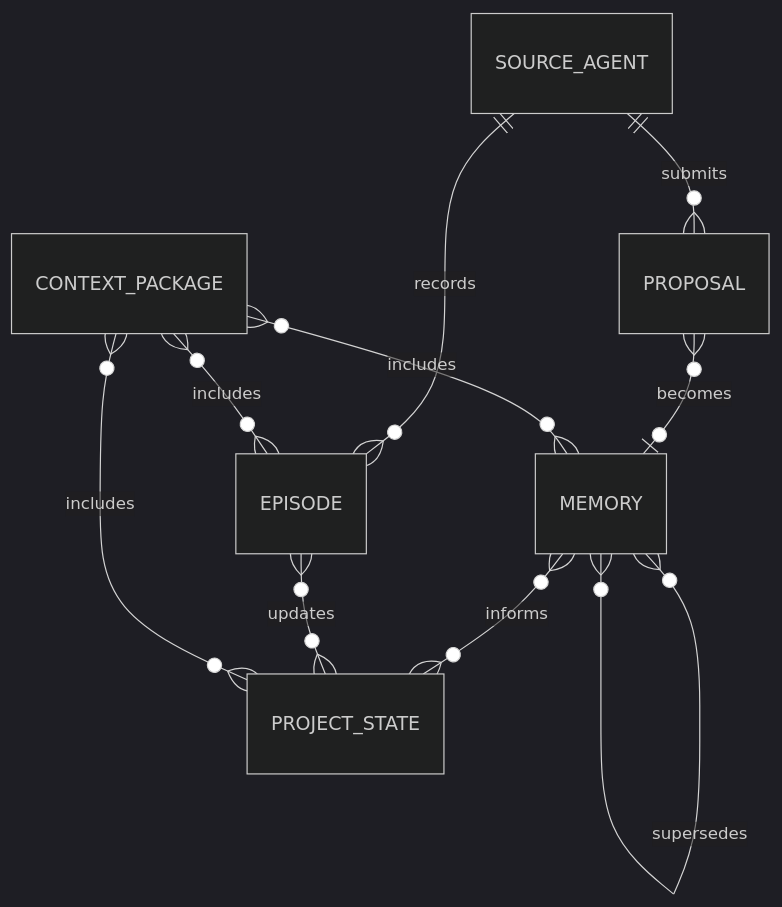
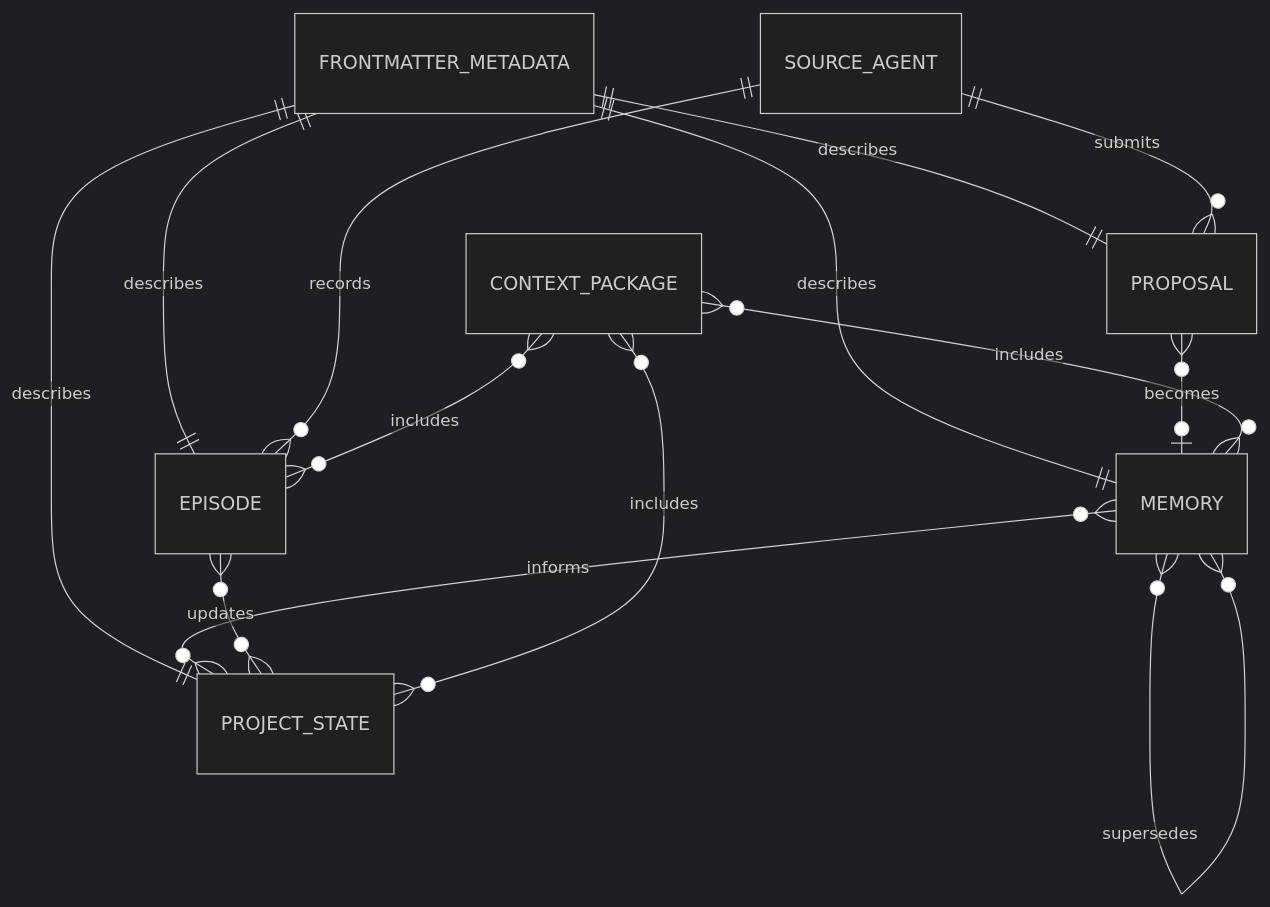
Before and after one commit to zhuxining/ObsidianMemBridge: the diagram in docs/architecture/00-overview.md, drawn with Mermaid (dark theme). The commit also changed other lines of this file and 2 other files, not shown here.

Commit message:
docs: align memory design with frontmatter queries

````diff
--- a/docs/architecture/00-overview.md
+++ b/docs/architecture/00-overview.md
@@ -82,12 +87,16 @@
 ```mermaid
 erDiagram
+    FRONTMATTER_METADATA ||--|| MEMORY : describes
+    FRONTMATTER_METADATA ||--|| PROPOSAL : describes
+    FRONTMATTER_METADATA ||--|| EPISODE : describes
+    FRONTMATTER_METADATA ||--|| PROJECT_STATE : describes
     SOURCE_AGENT ||--o{ PROPOSAL : submits
     SOURCE_AGENT ||--o{ EPISODE : records
     PROPOSAL }o--o| MEMORY : becomes
     MEMORY }o--o{ MEMORY : supersedes
     MEMORY }o--o{ PROJECT_STATE : informs
     EPISODE }o--o{ PROJECT_STATE : updates
     CONTEXT_PACKAGE }o--o{ MEMORY : includes
     CONTEXT_PACKAGE }o--o{ EPISODE : includes
     CONTEXT_PACKAGE }o--o{ PROJECT_STATE : includes
 ```
````
